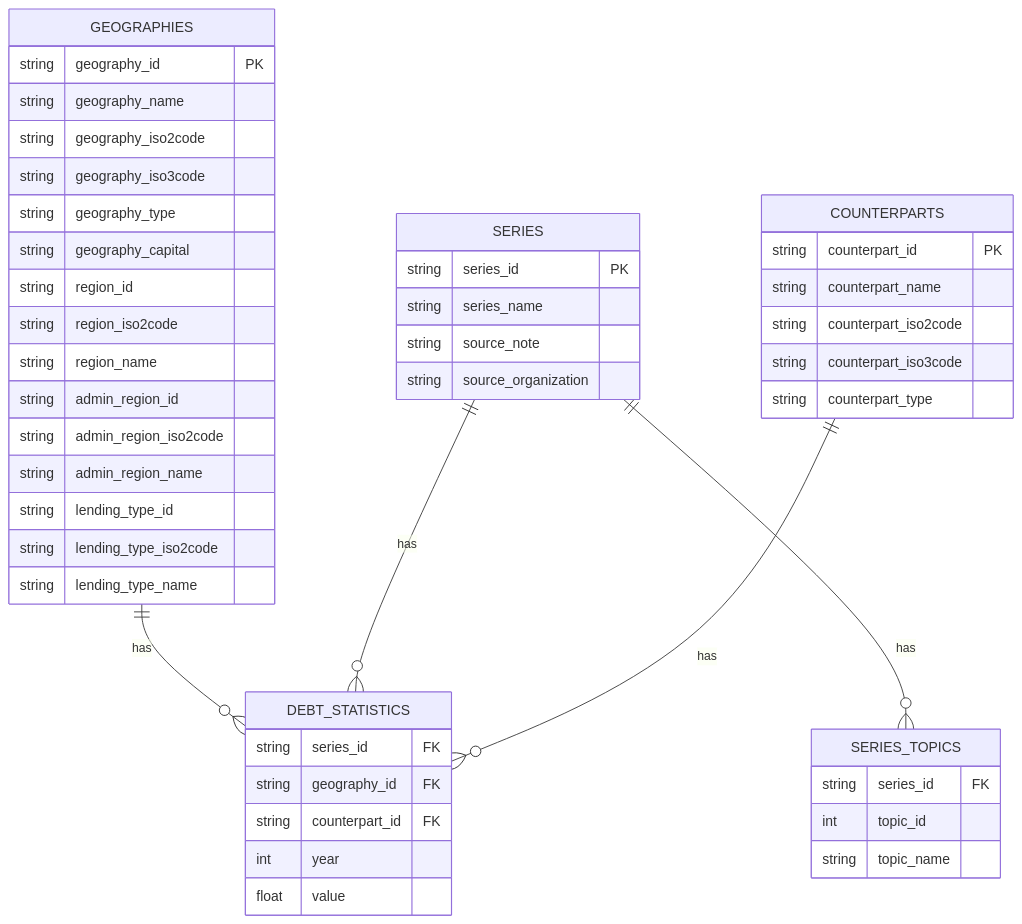
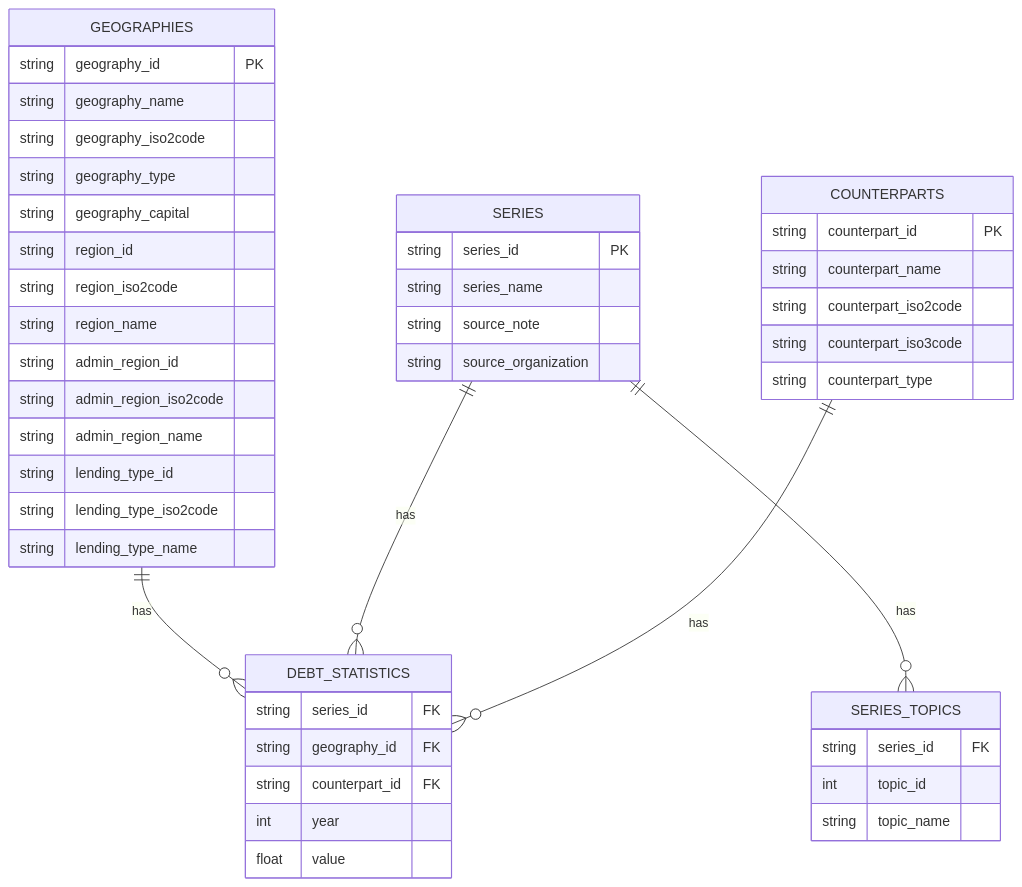
The diagram in vignettes/data-model.qmd (Teal-Insights/r-wbids), drawn with Mermaid before and after one commit. The commit also changed other lines of this file, not shown here.

Commit message:
Remove geography_iso3code

````diff
--- a/vignettes/data-model.qmd
+++ b/vignettes/data-model.qmd
@@ -14,51 +14,50 @@
 ```{mermaid}
 %%| fig-width: 12
 %%| fig-height: 8
 erDiagram
     GEOGRAPHIES ||--o{ DEBT_STATISTICS : has
     GEOGRAPHIES {
         string geography_id PK
         string geography_name
         string geography_iso2code
-        string geography_iso3code
         string geography_type
         string geography_capital
         string region_id
         string region_iso2code
         string region_name
         string admin_region_id
         string admin_region_iso2code
         string admin_region_name
         string lending_type_id
         string lending_type_iso2code
         string lending_type_name
     }
     SERIES ||--o{ DEBT_STATISTICS : has
     SERIES ||--o{ SERIES_TOPICS : has
     SERIES {
         string series_id PK
         string series_name
         string source_note
         string source_organization
     }
     COUNTERPARTS ||--o{ DEBT_STATISTICS : has
     COUNTERPARTS {
         string counterpart_id PK
         string counterpart_name
         string counterpart_iso2code
         string counterpart_iso3code
         string counterpart_type
     }
     SERIES_TOPICS {
         string series_id FK
         int topic_id 
         string topic_name 
     }
     DEBT_STATISTICS {
         string series_id FK
         string geography_id FK
         string counterpart_id FK
         int year
         float value
     }
 ```
````
